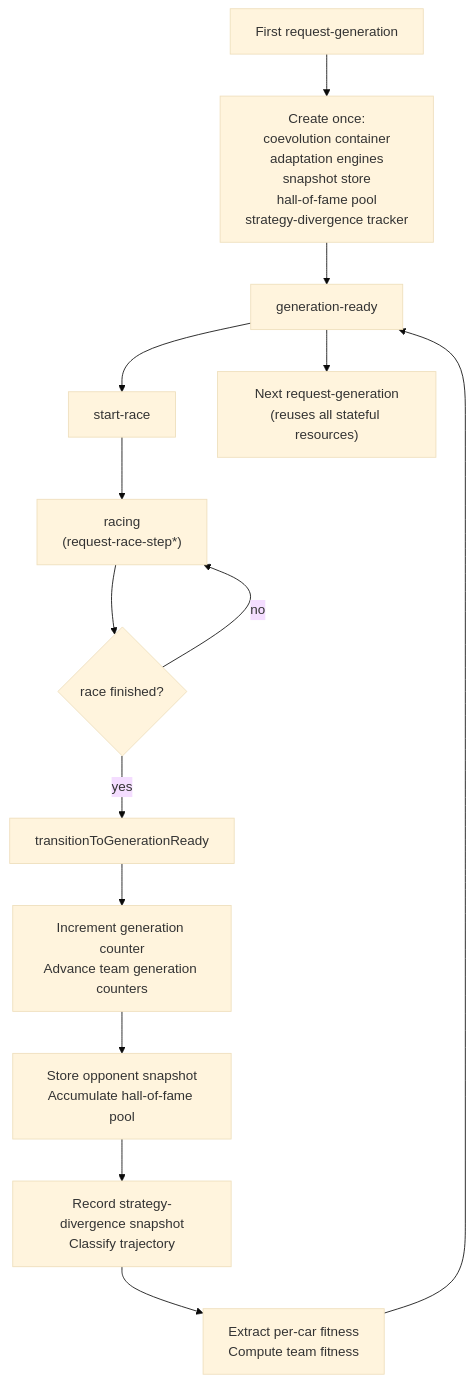
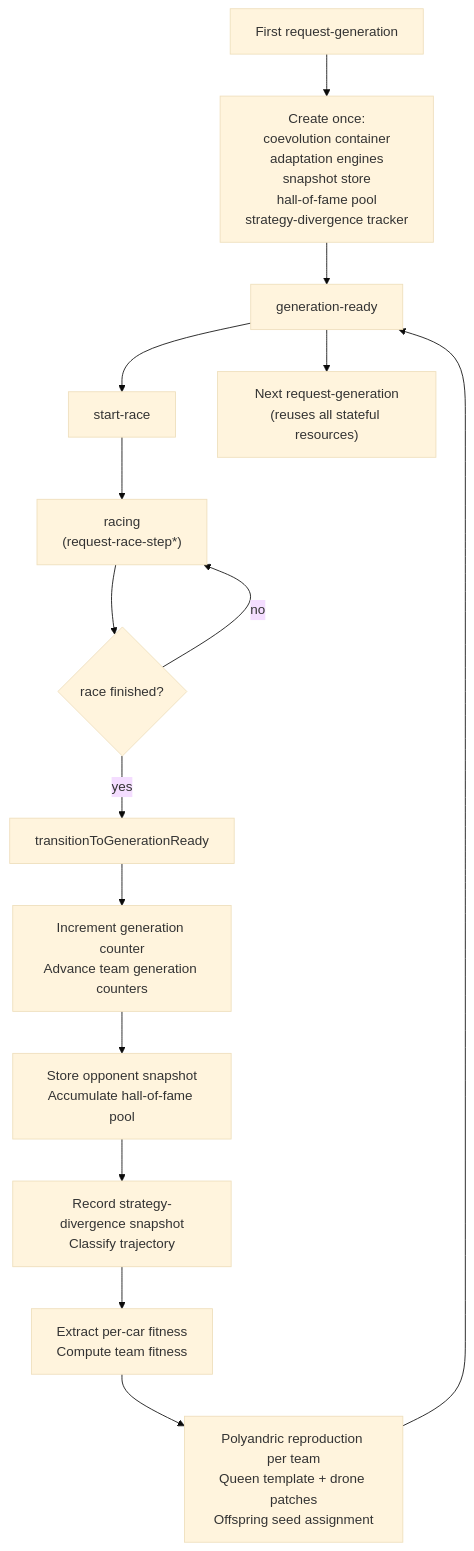
Before and after one commit to reicek/NeatapticTS: the second of 4 diagrams in examples/racing_curriculum/workers/simulation-worker/README.md, drawn with Mermaid (base theme). The commit also changed other lines of this file and 245 other files, not shown here.

````diff
--- a/examples/racing_curriculum/workers/simulation-worker/README.md
+++ b/examples/racing_curriculum/workers/simulation-worker/README.md
@@ -76,16 +76,17 @@
 ```mermaid
 flowchart TD
     INIT["First request-generation"] --> CREATE["Create once:<br/>coevolution container<br/>adaptation engines<br/>snapshot store<br/>hall-of-fame pool<br/>strategy-divergence tracker"]
     CREATE --> GEN_READY["generation-ready"]
     GEN_READY --> START["start-race"]
     START --> RACE["racing<br/>(request-race-step*)"]
     RACE --> DONE{"race finished?"}
     DONE -- "no" --> RACE
     DONE -- "yes" --> TRANS["transitionToGenerationReady"]
     TRANS --> ADVANCE["Increment generation counter<br/>Advance team generation counters"]
     ADVANCE --> SNAPSHOT["Store opponent snapshot<br/>Accumulate hall-of-fame pool"]
     SNAPSHOT --> DIVERGE["Record strategy-divergence snapshot<br/>Classify trajectory"]
     DIVERGE --> FITNESS["Extract per-car fitness<br/>Compute team fitness"]
-    FITNESS --> GEN_READY
+    FITNESS --> REPRODUCE["Polyandric reproduction per team<br/>Queen template + drone patches<br/>Offspring seed assignment"]
+    REPRODUCE --> GEN_READY
     GEN_READY --> NEXT["Next request-generation<br/>(reuses all stateful resources)"]
 ```
````
